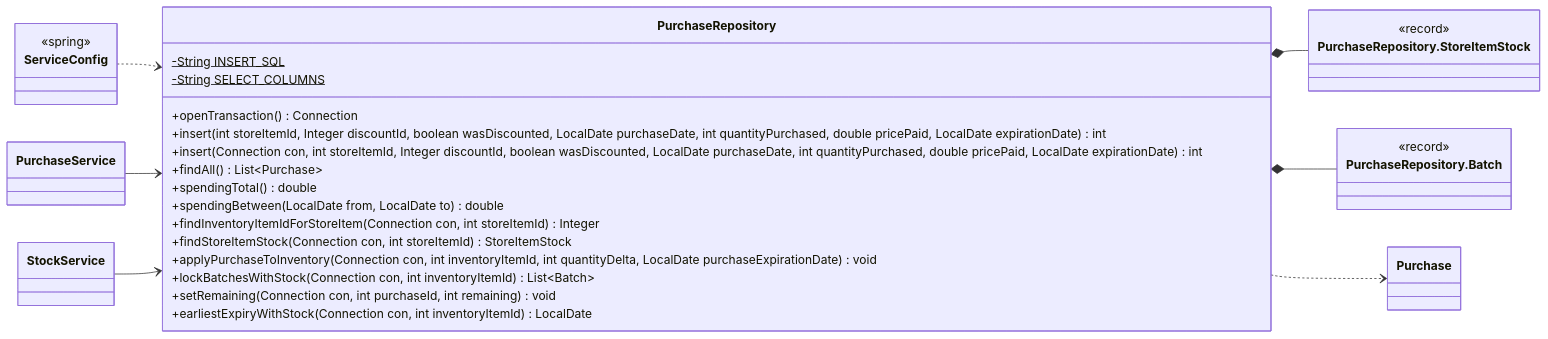
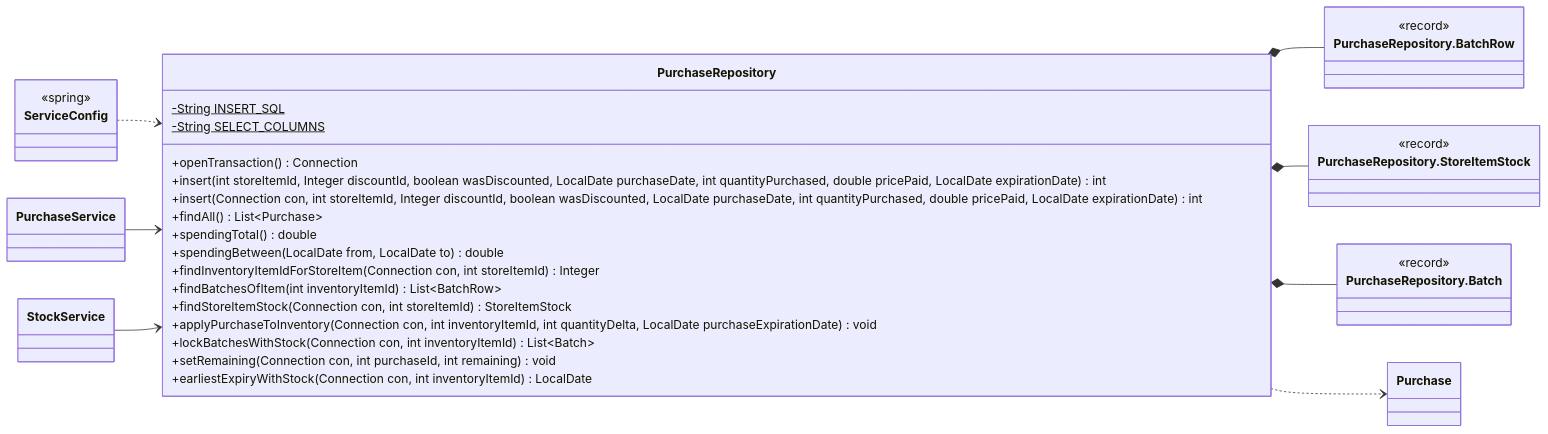
The third of 10 diagrams in docs/classes/finance.md (Nate-ryan-7690/dahaem), drawn with Mermaid before and after one commit. The commit also changed other lines of this file and 6 other files, not shown here.

````diff
--- a/docs/classes/finance.md
+++ b/docs/classes/finance.md
@@ -122,38 +132,43 @@
 ```mermaid
 classDiagram
     direction LR
     class finance_PurchaseRepository["PurchaseRepository"] {
         -String INSERT_SQL$
         -String SELECT_COLUMNS$
         +openTransaction() Connection
         +insert(int storeItemId, Integer discountId, boolean wasDiscounted, LocalDate purchaseDate, int quantityPurchased, double pricePaid, LocalDate expirationDate) int
         +insert(Connection con, int storeItemId, Integer discountId, boolean wasDiscounted, LocalDate purchaseDate, int quantityPurchased, double pricePaid, LocalDate expirationDate) int
         +findAll() List~Purchase~
         +spendingTotal() double
         +spendingBetween(LocalDate from, LocalDate to) double
         +findInventoryItemIdForStoreItem(Connection con, int storeItemId) Integer
+        +findBatchesOfItem(int inventoryItemId) List~BatchRow~
         +findStoreItemStock(Connection con, int storeItemId) StoreItemStock
         +applyPurchaseToInventory(Connection con, int inventoryItemId, int quantityDelta, LocalDate purchaseExpirationDate) void
         +lockBatchesWithStock(Connection con, int inventoryItemId) List~Batch~
         +setRemaining(Connection con, int purchaseId, int remaining) void
         +earliestExpiryWithStock(Connection con, int inventoryItemId) LocalDate
+    }
+    class finance_PurchaseRepository_BatchRow["PurchaseRepository.BatchRow"] {
+        <<record>>
     }
     class finance_PurchaseRepository_StoreItemStock["PurchaseRepository.StoreItemStock"] {
         <<record>>
     }
     class finance_PurchaseRepository_Batch["PurchaseRepository.Batch"] {
         <<record>>
     }
     class finance_PurchaseService["PurchaseService"]
     class finance_StockService["StockService"]
     class finance_Purchase["Purchase"]
     class api_ServiceConfig["ServiceConfig"] {
         <<spring>>
     }
+    finance_PurchaseRepository *-- finance_PurchaseRepository_BatchRow
     finance_PurchaseRepository *-- finance_PurchaseRepository_StoreItemStock
     finance_PurchaseRepository *-- finance_PurchaseRepository_Batch
     finance_PurchaseRepository ..> finance_Purchase
     api_ServiceConfig ..> finance_PurchaseRepository
     finance_PurchaseService --> finance_PurchaseRepository
     finance_StockService --> finance_PurchaseRepository
 ```
````
